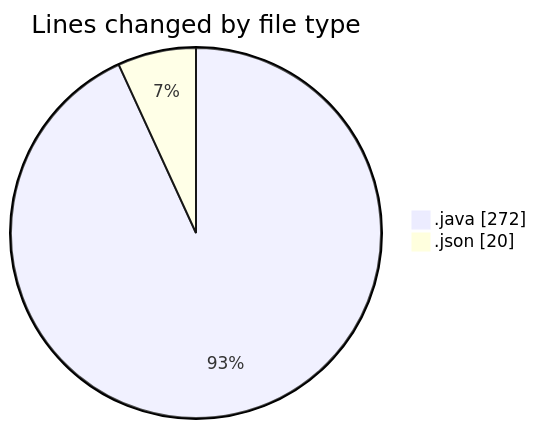
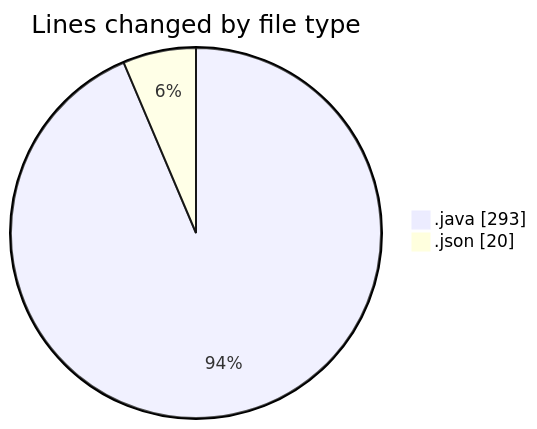
Before and after one commit to NitaiMahat/code-tracking: the first of 2 diagrams in 2025-05-27/minisocialnetwork/README.md, drawn with Mermaid. The commit also changed other lines of this file and 1 other file, not shown here.

````diff
--- a/2025-05-27/minisocialnetwork/README.md
+++ b/2025-05-27/minisocialnetwork/README.md
@@ -30,6 +30,6 @@
 ```mermaid
 pie showData
 title Lines changed by file type
-".java" : 272
+".java" : 293
 ".json" : 20
 ```
````
